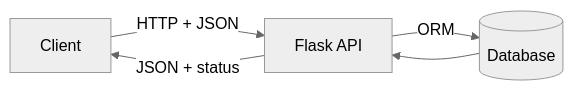
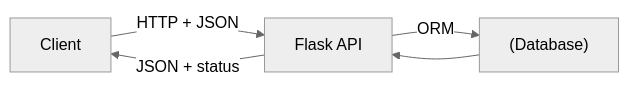
One commit to Ravikisha/PythonCentralHub changed the first of 2 diagrams in src/content/docs/Flask Tutorials/Phase 8 - REST APIs with Flask/Introduction to REST.mdx. Above: the diagram before and after it, drawn with Mermaid (neutral theme). The commit also changed other lines of this file and 610 other files, not shown here.

````diff
--- a/src/content/docs/Flask Tutorials/Phase 8 - REST APIs with Flask/Introduction to REST.mdx
+++ b/src/content/docs/Flask Tutorials/Phase 8 - REST APIs with Flask/Introduction to REST.mdx
@@ -45,7 +45,7 @@
 ```mermaid
 flowchart LR
   Client -->|HTTP + JSON| API[Flask API]
-  API -->|ORM| DB[(Database)]
+  API -->|ORM| DB["(Database)"]
   DB --> API
   API -->|JSON + status| Client
 ```
````
